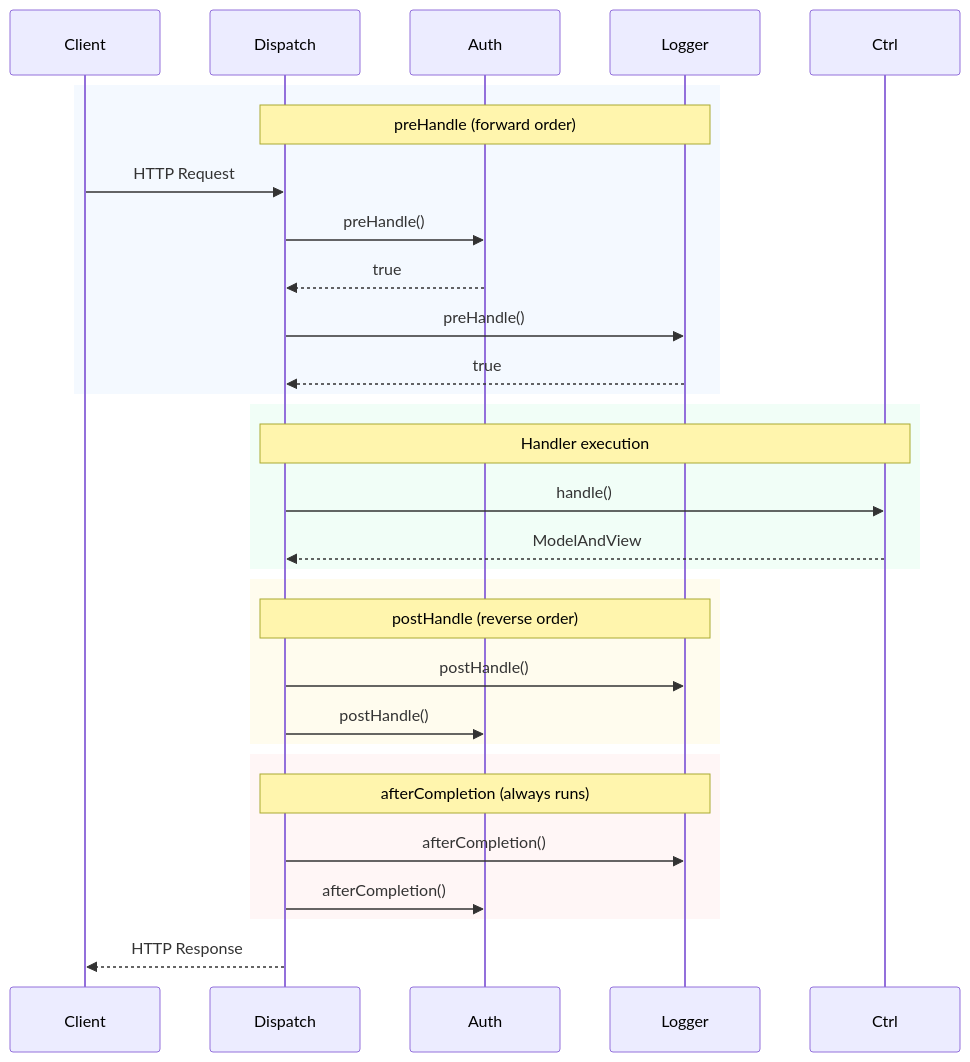
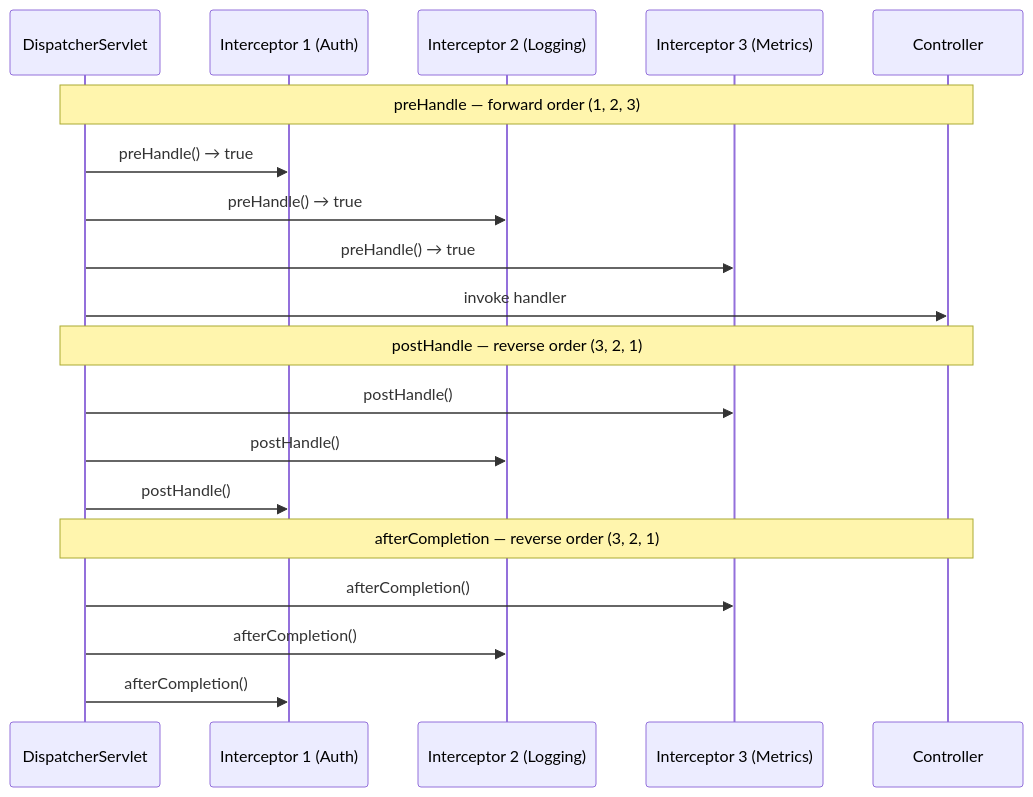
The second of 6 diagrams in docs/springboot/mvc-request-lifecycle.md (saivamsikaruturi/vamsilabs-dev-notes-main), drawn with Mermaid before and after one commit. The commit also changed other lines of this file and 21 other files, not shown here.

````diff
--- a/docs/springboot/mvc-request-lifecycle.md
+++ b/docs/springboot/mvc-request-lifecycle.md
@@ -248,37 +344,24 @@
 ```mermaid
 sequenceDiagram
-    participant C as Client
-    participant DS as Dispatch
-    participant I1 as Auth
-    participant I2 as Logger
-    participant H as Ctrl
+    participant DS as DispatcherServlet
+    participant I1 as Interceptor 1 (Auth)
+    participant I2 as Interceptor 2 (Logging)
+    participant I3 as Interceptor 3 (Metrics)
+    participant Ctrl as Controller
 
-    rect rgba(219,234,254,0.3)
-        Note over DS,I2: preHandle (forward order)
-        C->>DS: HTTP Request
-        DS->>I1: preHandle()
-        I1-->>DS: true
-        DS->>I2: preHandle()
-        I2-->>DS: true
-    end
+    Note over DS,Ctrl: preHandle — forward order (1, 2, 3)
+    DS->>I1: preHandle() → true
+    DS->>I2: preHandle() → true
+    DS->>I3: preHandle() → true
+    DS->>Ctrl: invoke handler
 
-    rect rgba(209,250,229,0.3)
-        Note over DS,H: Handler execution
-        DS->>H: handle()
-        H-->>DS: ModelAndView
-    end
+    Note over DS,Ctrl: postHandle — reverse order (3, 2, 1)
+    DS->>I3: postHandle()
+    DS->>I2: postHandle()
+    DS->>I1: postHandle()
 
-    rect rgba(254,243,199,0.3)
-        Note over DS,I2: postHandle (reverse order)
-        DS->>I2: postHandle()
-        DS->>I1: postHandle()
-    end
-
-    rect rgba(254,226,226,0.3)
-        Note over DS,I2: afterCompletion (always runs)
-        DS->>I2: afterCompletion()
-        DS->>I1: afterCompletion()
-    end
-
-    DS-->>C: HTTP Response
+    Note over DS,Ctrl: afterCompletion — reverse order (3, 2, 1)
+    DS->>I3: afterCompletion()
+    DS->>I2: afterCompletion()
+    DS->>I1: afterCompletion()
 ```
````
